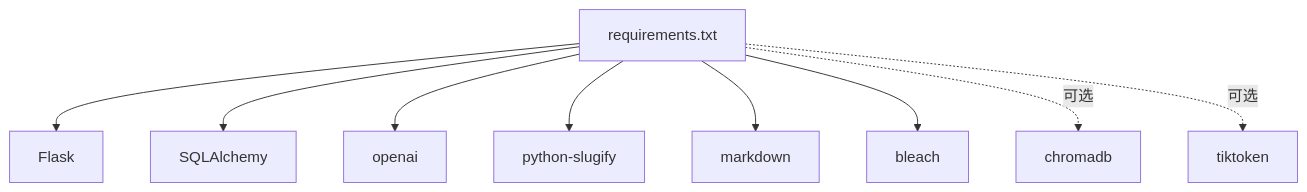
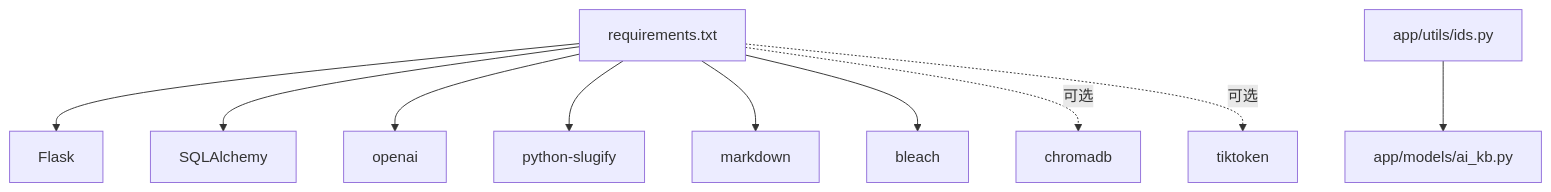
Before and after one commit to beyondalbert/my_wiki: the tenth of 11 diagrams in .qoder/repowiki/zh/content/核心模块/AI知识库模块/AI知识库服务层.md, drawn with Mermaid. The commit also changed other lines of this file and 21 other files, not shown here.

````diff
--- a/.qoder/repowiki/zh/content/核心模块/AI知识库模块/AI知识库服务层.md
+++ b/.qoder/repowiki/zh/content/核心模块/AI知识库模块/AI知识库服务层.md
@@ -354,11 +368,12 @@
 ```mermaid
 graph TB
 REQ["requirements.txt"] --> FLASK["Flask"]
 REQ --> SA["SQLAlchemy"]
 REQ --> OA["openai"]
 REQ --> SLUG["python-slugify"]
 REQ --> MD["markdown"]
 REQ --> BL["bleach"]
 REQ -. 可选 .-> CHROMA["chromadb"]
 REQ -. 可选 .-> TIK["tiktoken"]
+ID_GEN["app/utils/ids.py"] --> MODELS["app/models/ai_kb.py"]
 ```
````
